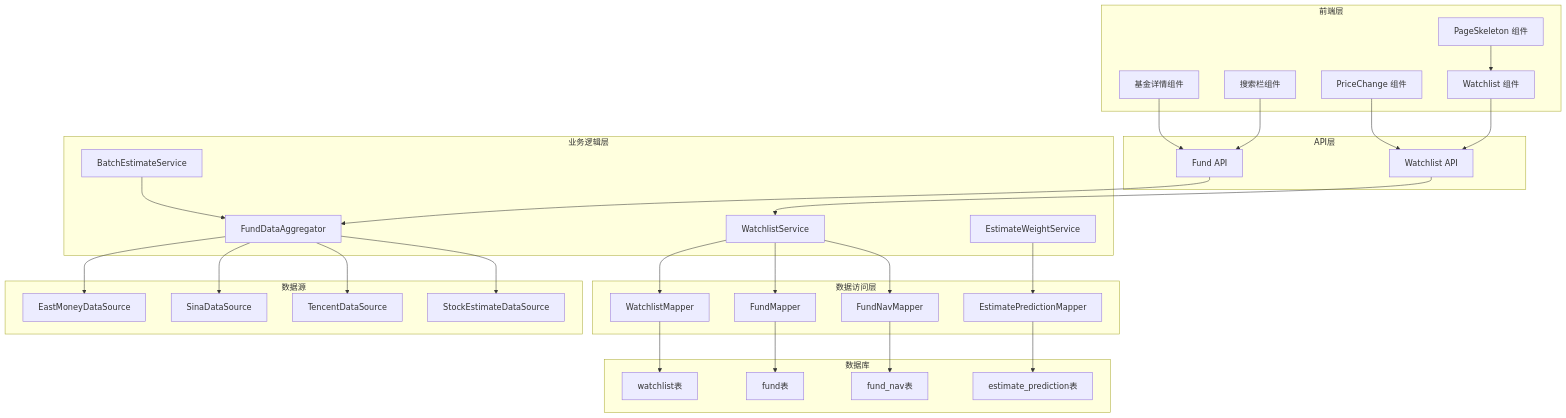
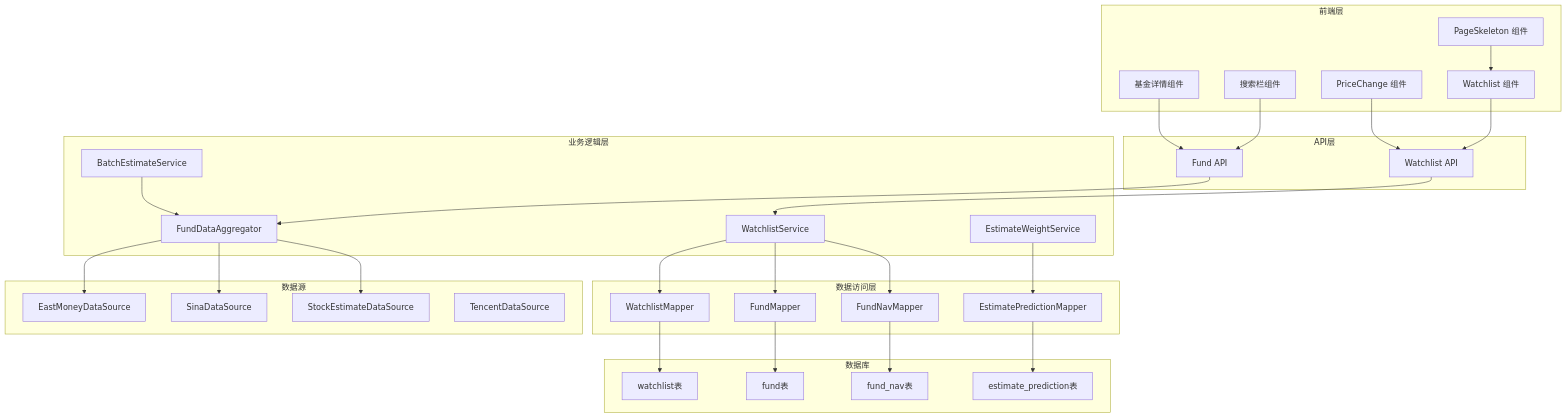
Before and after one commit to gree-coder/fund-butler: the first of 12 diagrams in .qoder/repowiki/zh/content/Watchlist Enhancement.md, drawn with Mermaid. The commit also changed other lines of this file and 5 other files, not shown here.

````diff
--- a/.qoder/repowiki/zh/content/Watchlist Enhancement.md
+++ b/.qoder/repowiki/zh/content/Watchlist Enhancement.md
@@ -59,58 +61,57 @@
 ```mermaid
 graph TB
 subgraph "前端层"
 FE1[Watchlist 组件]
 FE2[搜索栏组件]
 FE3[基金详情组件]
 FE4[PriceChange 组件]
 FE5[PageSkeleton 组件]
 end
 subgraph "API层"
 API1[Watchlist API]
 API2[Fund API]
 end
 subgraph "业务逻辑层"
 SVC1[WatchlistService]
 SVC2[FundDataAggregator]
 SVC3[EstimateWeightService]
 SVC4[BatchEstimateService]
 end
 subgraph "数据访问层"
 MAP1[WatchlistMapper]
 MAP2[FundMapper]
 MAP3[FundNavMapper]
 MAP4[EstimatePredictionMapper]
 end
 subgraph "数据源"
 DS1[EastMoneyDataSource]
 DS2[SinaDataSource]
-DS3[TencentDataSource]
-DS4[StockEstimateDataSource]
+DS3[StockEstimateDataSource]
+DS4[TencentDataSource]
 end
 subgraph "数据库"
 DB1[watchlist表]
 DB2[fund表]
 DB3[fund_nav表]
 DB4[estimate_prediction表]
 end
 FE1 --> API1
 FE2 --> API2
 FE3 --> API2
 FE4 --> API1
 FE5 --> FE1
 API1 --> SVC1
 API2 --> SVC2
 SVC1 --> MAP1
 SVC1 --> MAP2
 SVC1 --> MAP3
 SVC2 --> DS1
 SVC2 --> DS2
 SVC2 --> DS3
-SVC2 --> DS4
 SVC3 --> MAP4
 SVC4 --> SVC2
 MAP1 --> DB1
 MAP2 --> DB2
 MAP3 --> DB3
 MAP4 --> DB4
 ```
````
